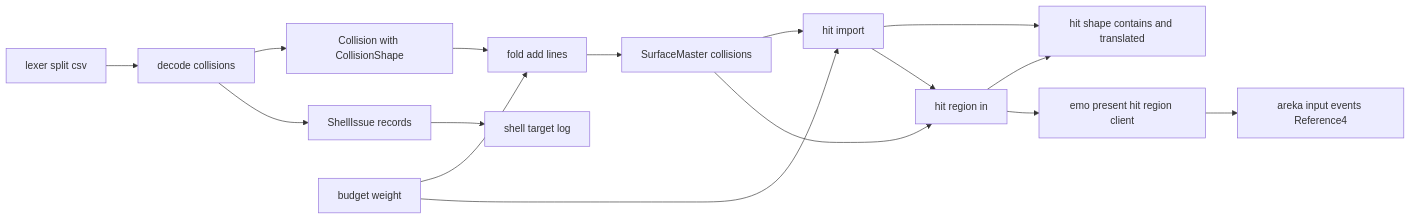
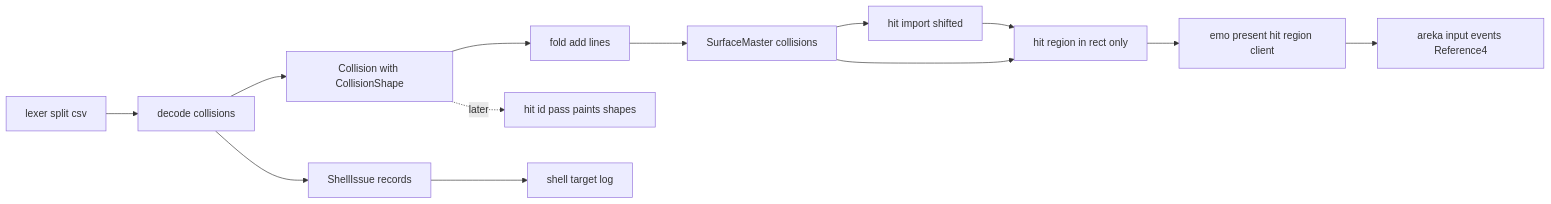
The first of 2 diagrams in .kiro/specs/collisionex-regions/design.md (ekicyou/areka), drawn with Mermaid before and after one commit. The commit also changed other lines of this file and 2 other files, not shown here.

````diff
--- a/.kiro/specs/collisionex-regions/design.md
+++ b/.kiro/specs/collisionex-regions/design.md
@@ -64,18 +69,15 @@
 ```mermaid
 graph LR
     Lexer[lexer split csv] --> Decode[decode collisions]
     Decode --> Model[Collision with CollisionShape]
     Decode --> Issues[ShellIssue records]
     Model --> Fold[fold add lines]
     Fold --> Master[SurfaceMaster collisions]
-    Master --> Import[hit import]
-    Import --> Shape[hit shape contains and translated]
-    Master --> Hit[hit region in]
+    Master --> Import[hit import shifted]
+    Master --> Hit[hit region in rect only]
     Import --> Hit
-    Hit --> Shape
-    Budget[budget weight] --> Fold
-    Budget --> Import
     Hit --> Present[emo present hit region client]
     Present --> Body[areka input events Reference4]
     Issues --> Target[shell target log]
+    Model -. later .-> IdPass[hit id pass paints shapes]
 ```
````
